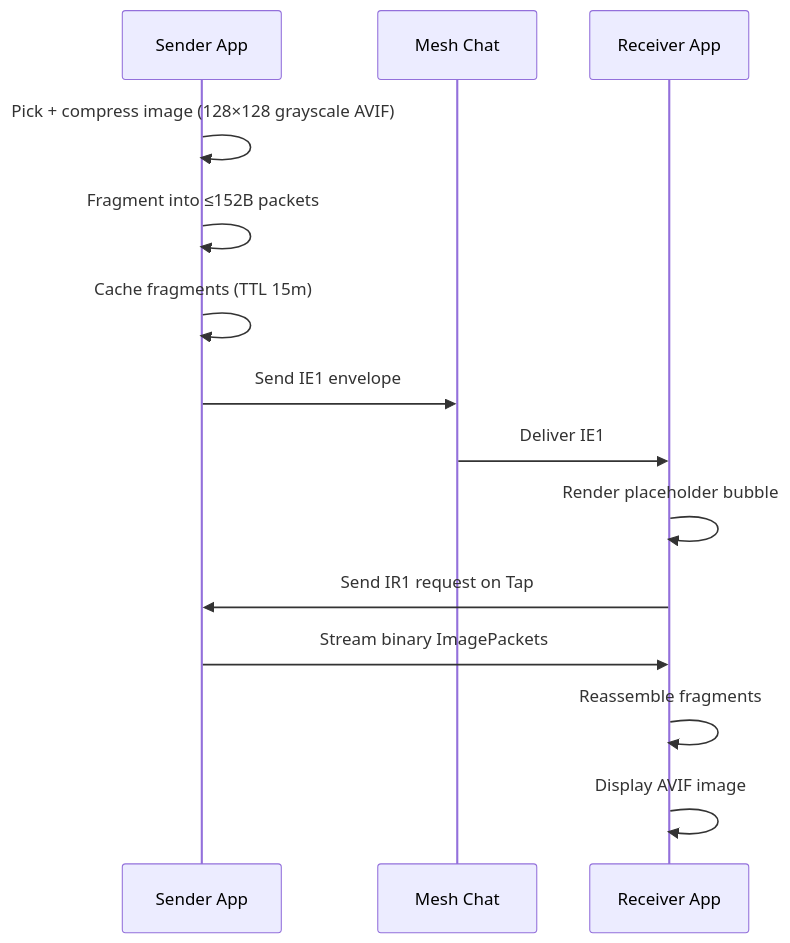
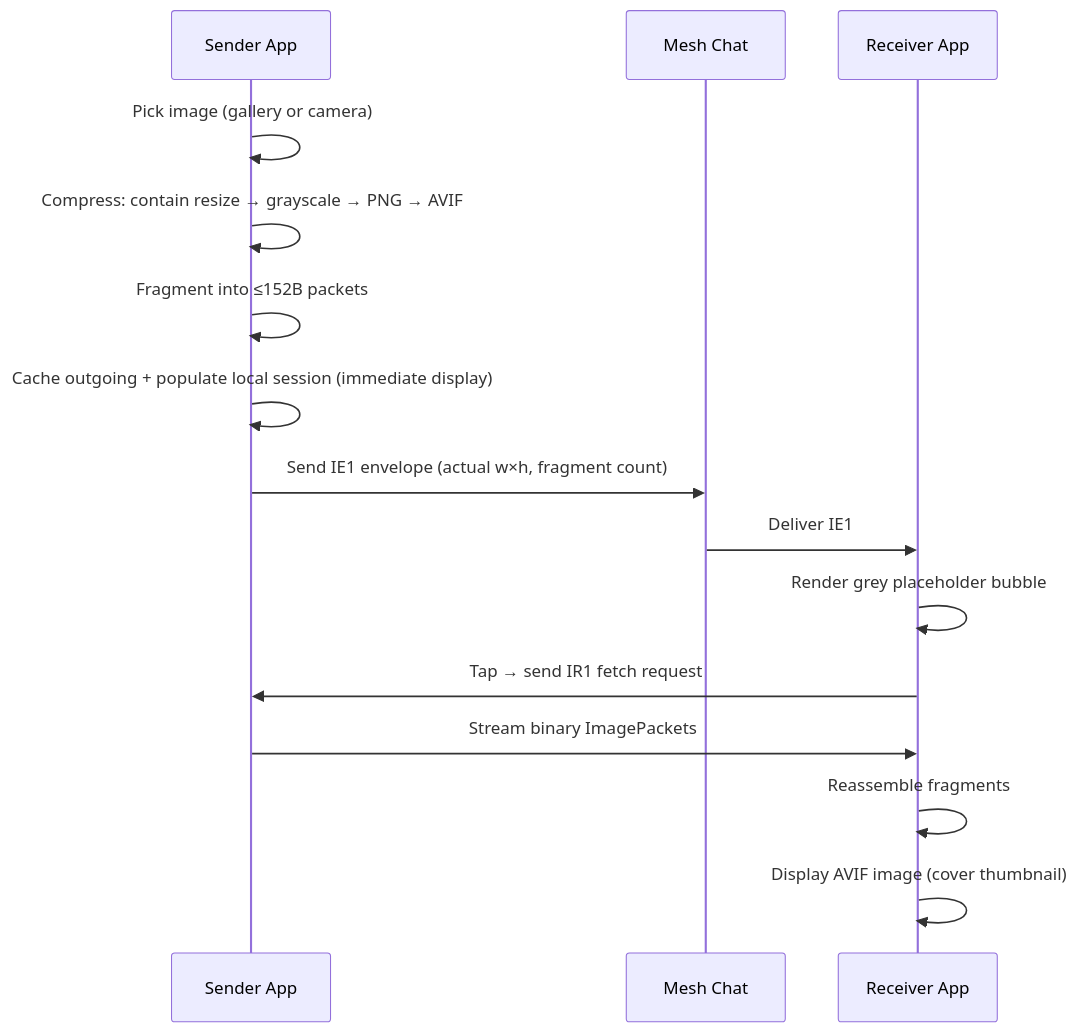
One commit to mihvoi/meshcore-sar changed the diagram in docs/image-mode-technical.md. Above: the diagram before and after it, drawn with Mermaid. The commit also changed other lines of this file and 2 other files, not shown here.

````diff
--- a/docs/image-mode-technical.md
+++ b/docs/image-mode-technical.md
@@ -183,17 +226,18 @@
 ```mermaid
 sequenceDiagram
   participant A as Sender App
   participant M as Mesh Chat
   participant B as Receiver App
 
-  A->>A: Pick + compress image (128×128 grayscale AVIF)
+  A->>A: Pick image (gallery or camera)
+  A->>A: Compress: contain resize → grayscale → PNG → AVIF
   A->>A: Fragment into ≤152B packets
-  A->>A: Cache fragments (TTL 15m)
-  A->>M: Send IE1 envelope
+  A->>A: Cache outgoing + populate local session (immediate display)
+  A->>M: Send IE1 envelope (actual w×h, fragment count)
   M->>B: Deliver IE1
-  B->>B: Render placeholder bubble
-  B->>A: Send IR1 request on Tap
+  B->>B: Render grey placeholder bubble
+  B->>A: Tap → send IR1 fetch request
   A->>B: Stream binary ImagePackets
   B->>B: Reassemble fragments
-  B->>B: Display AVIF image
+  B->>B: Display AVIF image (cover thumbnail)
 ```
````
